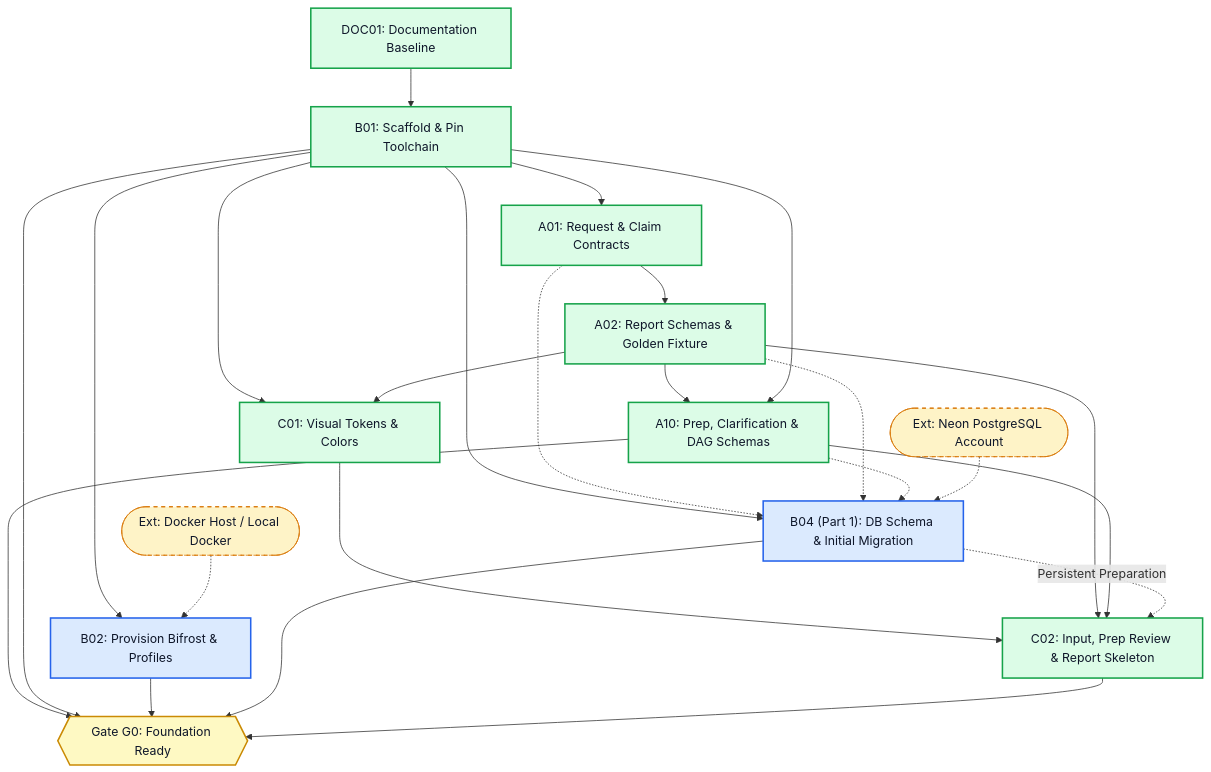
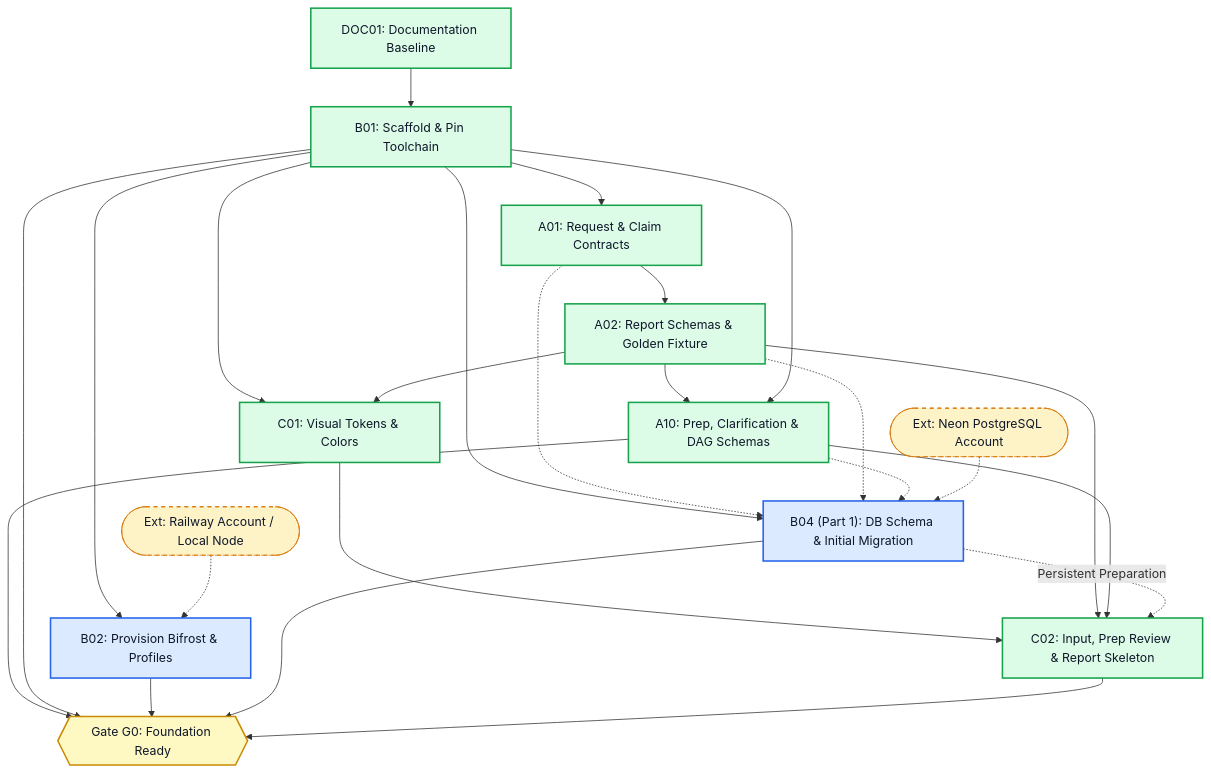
Before and after one commit to Driftaxe/Afterfact: the second of 6 diagrams in docs/PARALLEL-WORK-PLAN.md, drawn with Mermaid. The commit also changed other lines of this file and 26 other files, not shown here.

First line of the commit message:
docs(infra): update persistence to Prisma, Neon dev/test, Railway Bifrost, and add Lane B handbook

````diff
--- a/docs/PARALLEL-WORK-PLAN.md
+++ b/docs/PARALLEL-WORK-PLAN.md
@@ -129,51 +129,51 @@
 ```mermaid
 flowchart TD
     classDef verified fill:#dcfce7,stroke:#16a34a,stroke-width:2px,color:#0f172a;
     classDef unblocked fill:#dbeafe,stroke:#2563eb,stroke-width:2px,color:#0f172a;
     classDef external fill:#fef3c7,stroke:#d97706,stroke-width:1px,stroke-dasharray: 5 5,color:#0f172a;
     classDef gate fill:#fef9c3,stroke:#ca8a04,stroke-width:2px,color:#0f172a;
 
     DOC01["DOC01: Documentation Baseline"]:::verified
     B01["B01: Scaffold & Pin Toolchain"]:::verified
     A01["A01: Request & Claim Contracts"]:::verified
     A02["A02: Report Schemas & Golden Fixture"]:::verified
     A10["A10: Prep, Clarification & DAG Schemas"]:::verified
 
-    DockerHost(["Ext: Docker Host / Local Docker"]):::external
+    BifrostExt(["Ext: Railway Account / Local Node"]):::external
     B02["B02: Provision Bifrost & Profiles"]:::unblocked
 
     NeonAcct(["Ext: Neon PostgreSQL Account"]):::external
     B04a["B04 (Part 1): DB Schema & Initial Migration"]:::unblocked
 
     C01["C01: Visual Tokens & Colors"]:::verified
     C02["C02: Input, Prep Review & Report Skeleton"]:::verified
 
     GateG0{{"Gate G0: Foundation Ready"}}:::gate
 
     DOC01 --> B01
     B01 --> A01
     A01 --> A02
     A02 --> A10
     B01 --> A10
     B01 --> B02
-    DockerHost -.-> B02
+    BifrostExt -.-> B02
 
     B01 --> B04a
     A01 -.-> B04a
     A02 -.-> B04a
     A10 -.-> B04a
     NeonAcct -.-> B04a
 
     B01 --> C01
     A02 --> C01
     C01 --> C02
     A02 --> C02
     A10 --> C02
     B04a -.->|Persistent Preparation| C02
 
     A10 --> GateG0
     B01 --> GateG0
     B02 --> GateG0
     B04a --> GateG0
     C02 --> GateG0
 ```
````
